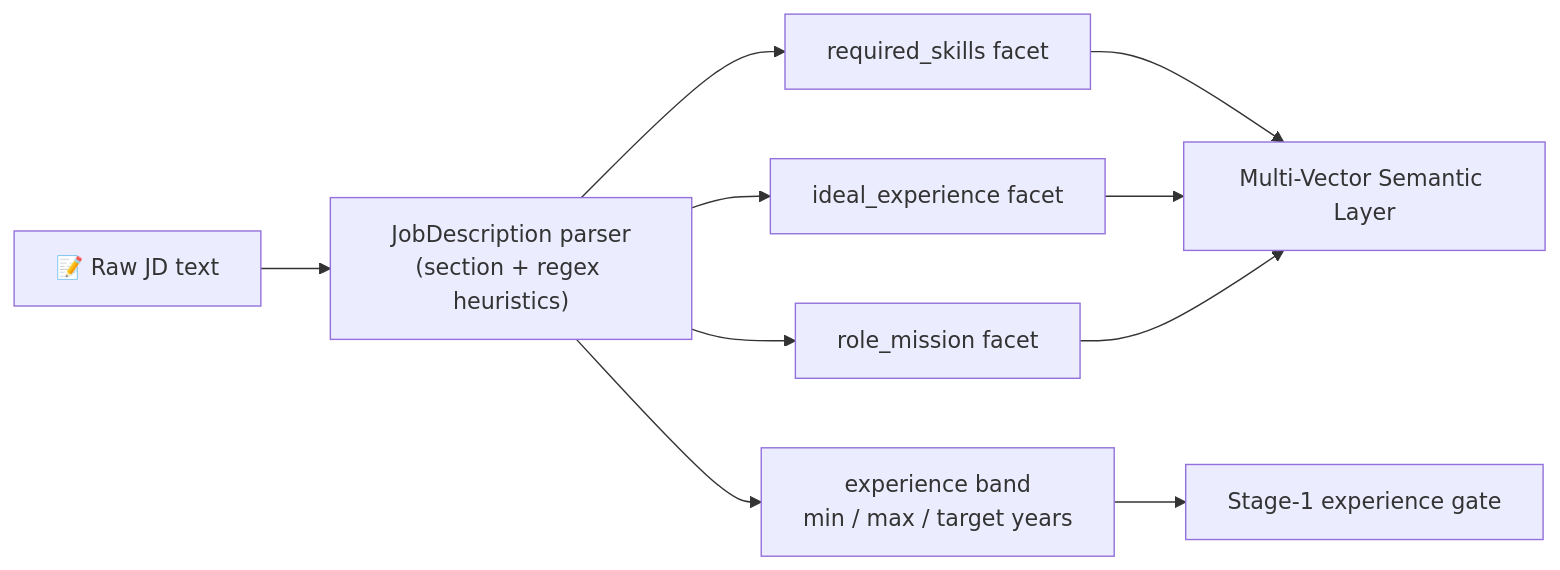
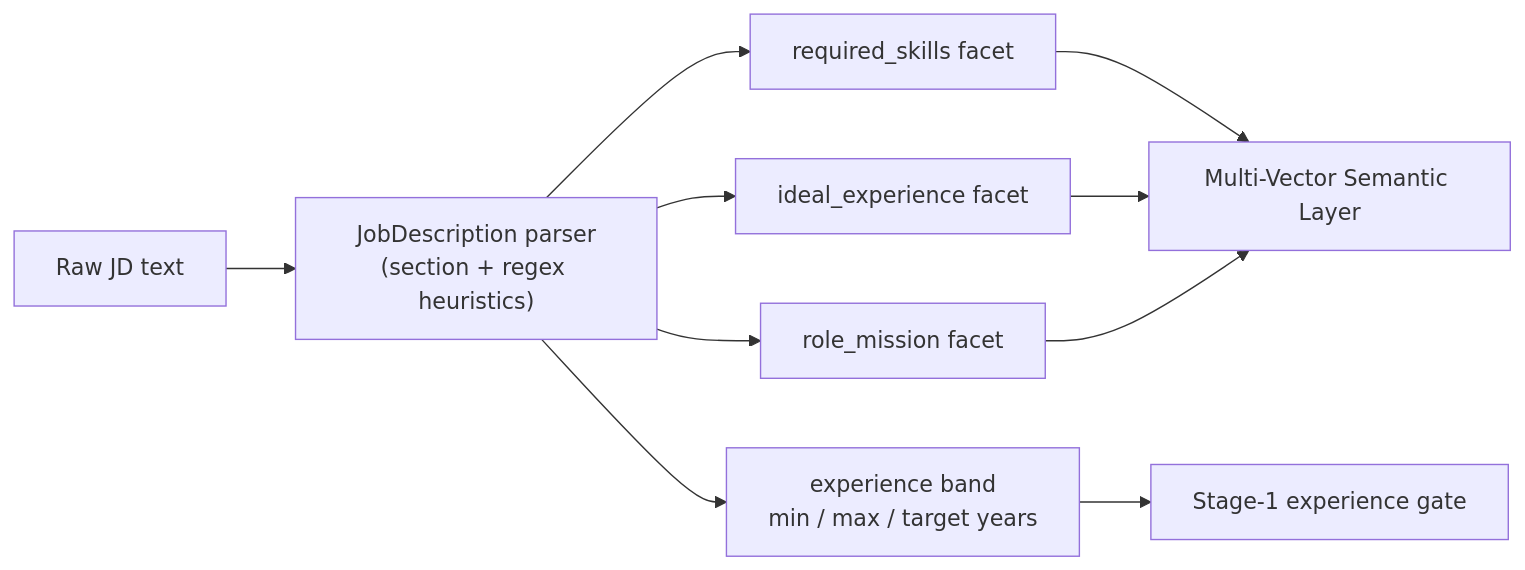
Before and after one commit to Aditya060806/Redrob-AI: the third of 3 diagrams in README.md, drawn with Mermaid. The commit also changed other lines of this file, not shown here.

````diff
--- a/README.md
+++ b/README.md
@@ -188,10 +214,10 @@
 ```mermaid
 flowchart LR
-    R["📝 Raw JD text"] --> P["JobDescription parser<br/>(section + regex heuristics)"]
+    R["Raw JD text"] --> P["JobDescription parser<br/>(section + regex heuristics)"]
     P --> F1["required_skills facet"]
     P --> F2["ideal_experience facet"]
     P --> F3["role_mission facet"]
     P --> B["experience band<br/>min / max / target years"]
     F1 & F2 & F3 --> SEM["Multi-Vector Semantic Layer"]
     B --> GATE["Stage-1 experience gate"]
 ```
````
